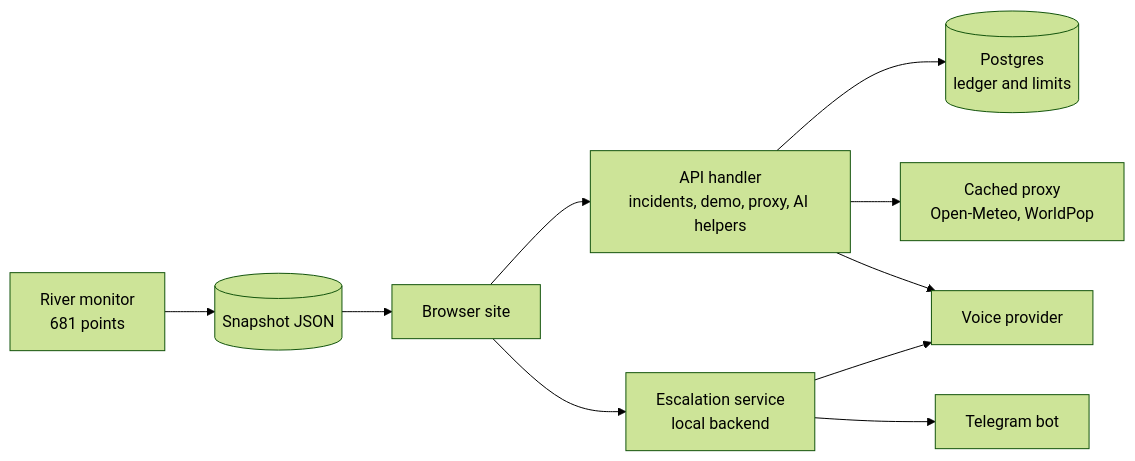
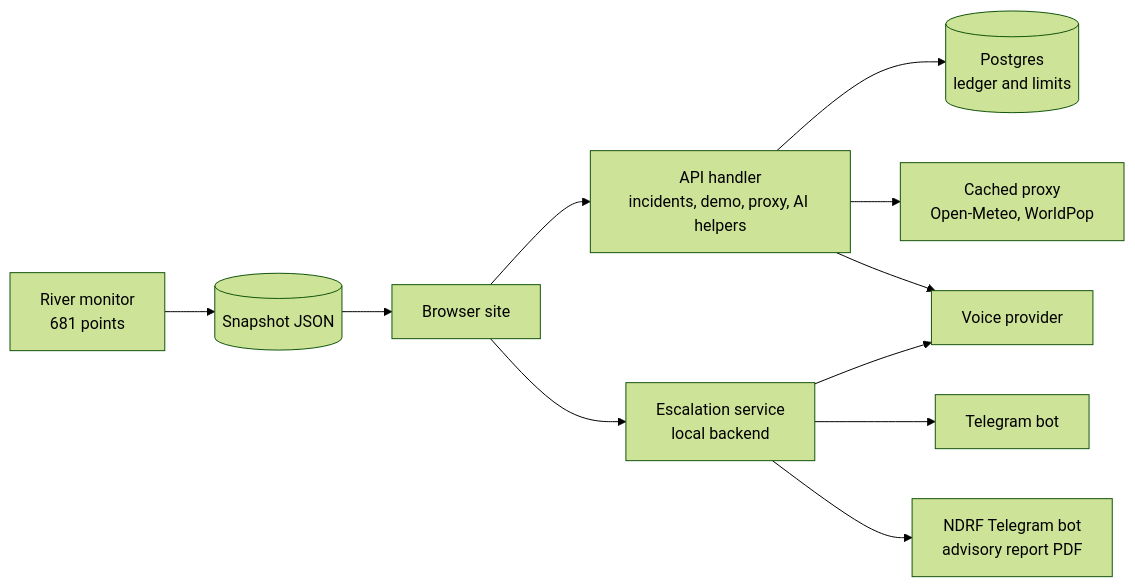
The third of 4 diagrams in README.md (Piyush5525/JalNetra), drawn with Mermaid (forest theme) before and after one commit. The commit also changed other lines of this file and 12 other files, not shown here.

Commit message:
README: refresh screenshots and flowcharts for the current UI and NDRF routing

````diff
--- a/README.md
+++ b/README.md
@@ -180,12 +180,13 @@
 ```mermaid
 flowchart LR
   B[Browser site] --> API[API handler<br/>incidents, demo, proxy, AI helpers]
   B --> ESC[Escalation service<br/>local backend]
   API --> DB[(Postgres<br/>ledger and limits)]
   API --> PX[Cached proxy<br/>Open-Meteo, WorldPop]
   API --> VOICE[Voice provider]
   ESC --> VOICE
   ESC --> TG[Telegram bot]
+  ESC --> NB[NDRF Telegram bot<br/>advisory report PDF]
   MON[River monitor<br/>681 points] --> SNAP[(Snapshot JSON)]
   SNAP --> B
 ```
````
